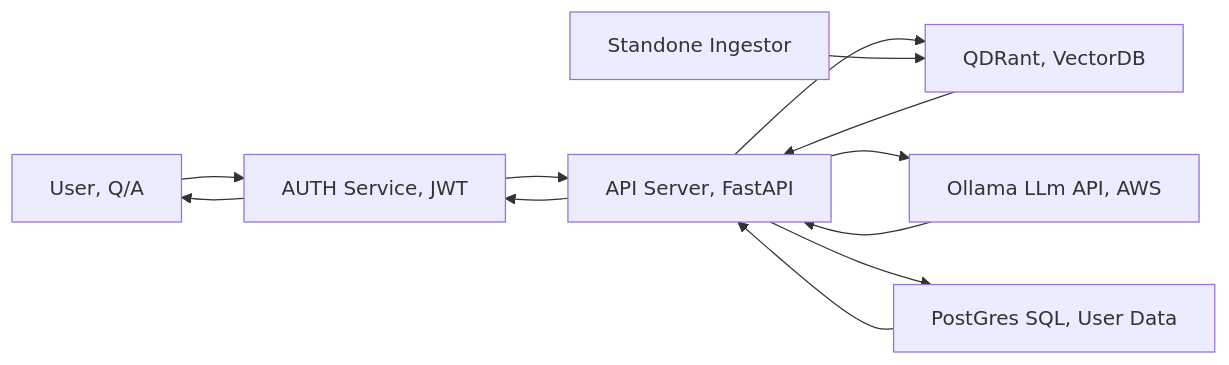
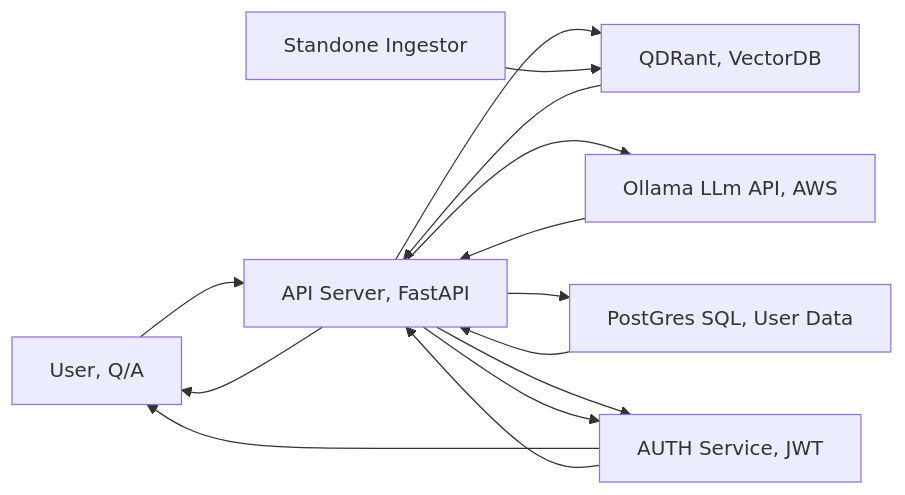
One commit to aqrpole/erutalia changed the diagram in README.md. Above: the diagram before and after it, drawn with Mermaid. The commit also changed other lines of this file and 7 other files, not shown here.

````diff
--- a/README.md
+++ b/README.md
@@ -5,14 +5,16 @@
 ```mermaid
 graph LR
-A[User, Q/A] --> B[AUTH Service, JWT ]
-B --> C[API Server, FastAPI]
+A[User, Q/A] --> C
+C[API Server, FastAPI] --> A
 C --> D[QDRant, VectorDB]
 C --> E[Ollama LLm API, AWS]
 C --> F[PostGres SQL, User Data]
 G[Standone Ingestor] --> D
 D --> C
 F --> C
 E --> C
 C --> B
 B --> A
+B[AUTH Service, JWT ] --> C
+C --> B
 ```
````
